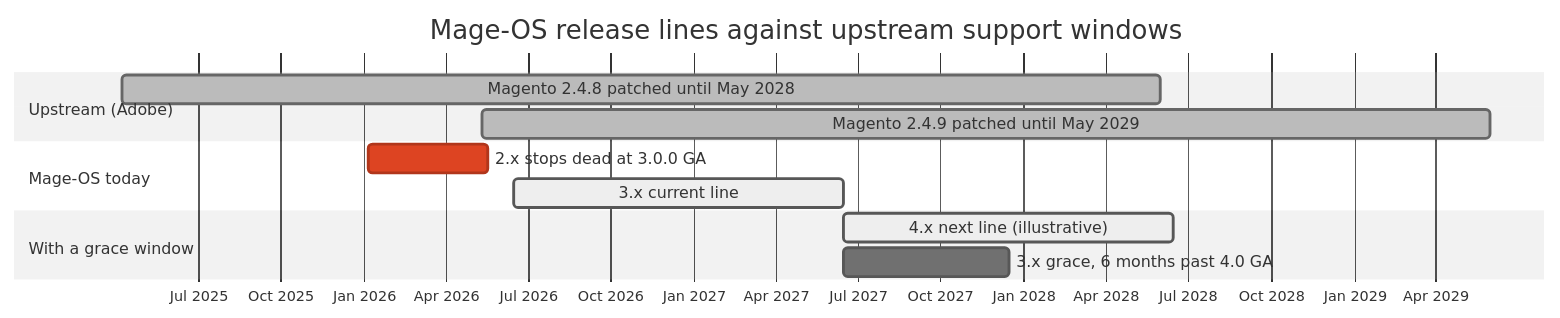
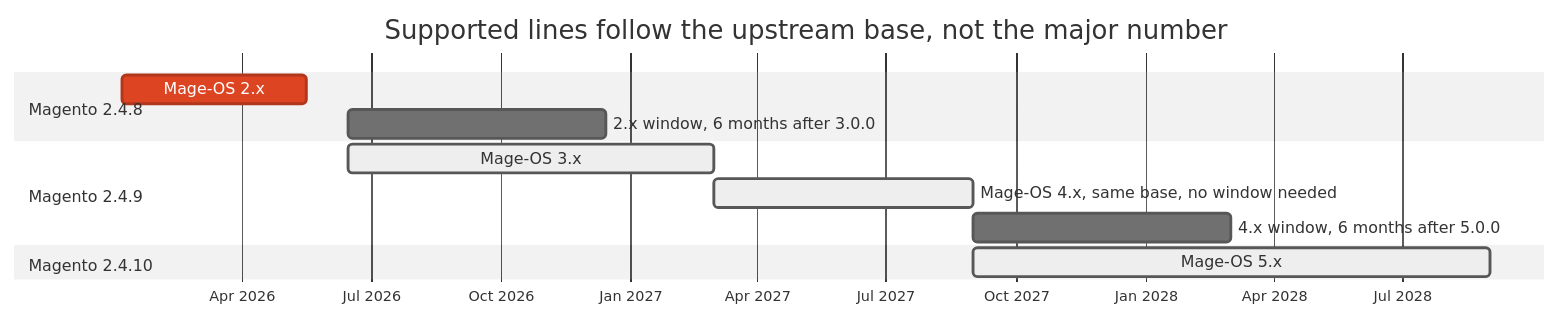
Before and after one commit to marcelmtz/generate-mirror-repo-js: the first of 2 diagrams in RELEASE-GRACE-WINDOW-PROPOSAL.md, drawn with Mermaid (neutral theme). The commit also changed other lines of this file and 2 other files, not shown here.

First line of the commit message:
Anchor the maintenance window to the upstream base

````diff
--- a/RELEASE-GRACE-WINDOW-PROPOSAL.md
+++ b/RELEASE-GRACE-WINDOW-PROPOSAL.md
@@ -32,18 +39,18 @@
 ```mermaid
 gantt
-    title Mage-OS release lines against upstream support windows
+    title Supported lines follow the upstream base, not the major number
     dateFormat YYYY-MM-DD
     axisFormat %b %Y
 
-    section Upstream (Adobe)
-    Magento 2.4.8 patched until May 2028   :done, u8, 2025-04-08, 2028-05-31
-    Magento 2.4.9 patched until May 2029   :done, u9, 2026-05-12, 2029-05-31
+    section Magento 2.4.8
+    Mage-OS 2.x                              :crit, m2, 2026-01-06, 2026-05-17
+    2.x window, 6 months after 3.0.0         :w2, 2026-06-15, 2026-12-15
 
-    section Mage-OS today
-    2.x stops dead at 3.0.0 GA             :crit, m2, 2026-01-06, 2026-05-17
-    3.x current line                       :active, m3, 2026-06-15, 2027-06-15
+    section Magento 2.4.9
+    Mage-OS 3.x                              :active, m3, 2026-06-15, 2027-03-01
+    Mage-OS 4.x, same base, no window needed :active, m4, 2027-03-01, 2027-09-01
+    4.x window, 6 months after 5.0.0         :w4, 2027-09-01, 2028-03-01
 
-    section With a grace window
-    4.x next line (illustrative)           :active, m4, 2027-06-15, 2028-06-15
-    3.x grace, 6 months past 4.0 GA        :g3, 2027-06-15, 2027-12-15
+    section Magento 2.4.10
+    Mage-OS 5.x                              :active, m5, 2027-09-01, 2028-09-01
 ```
````
